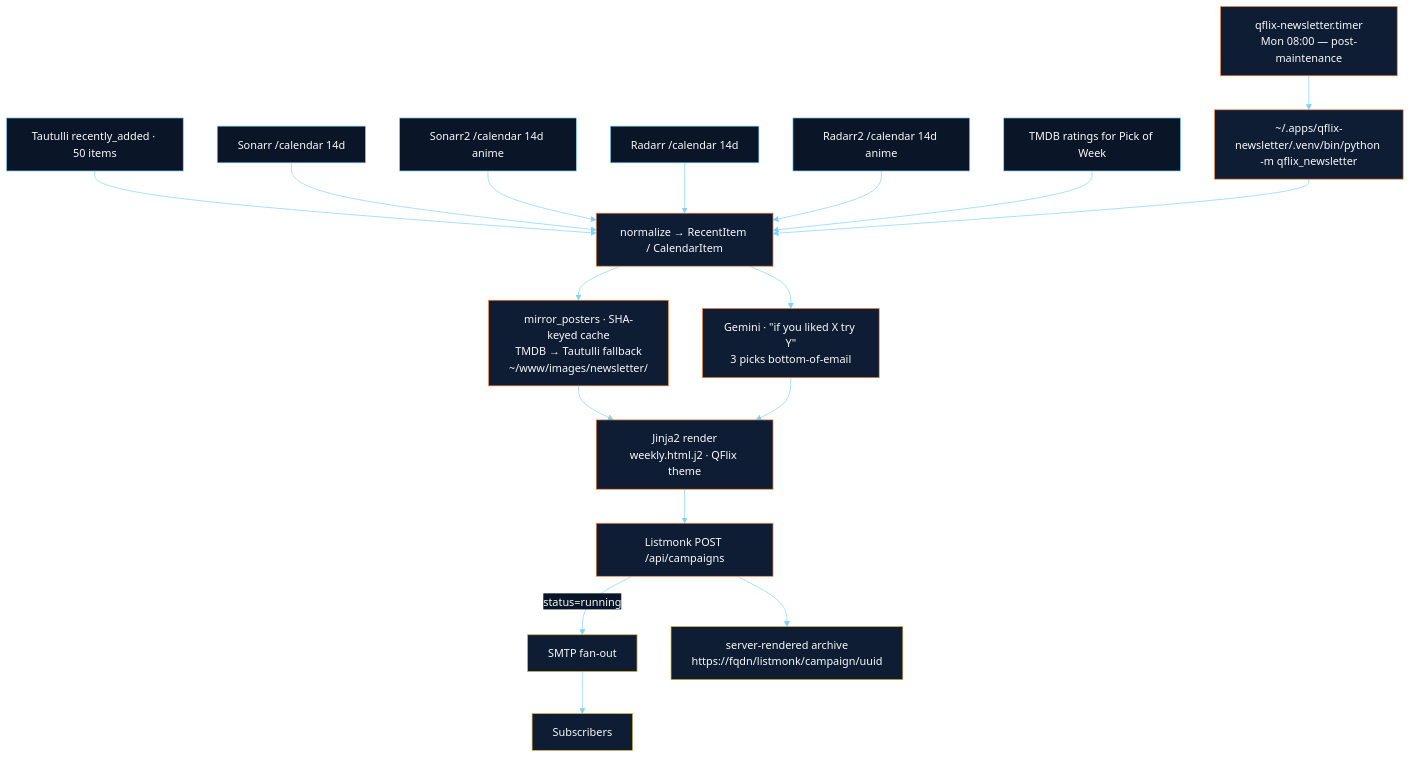
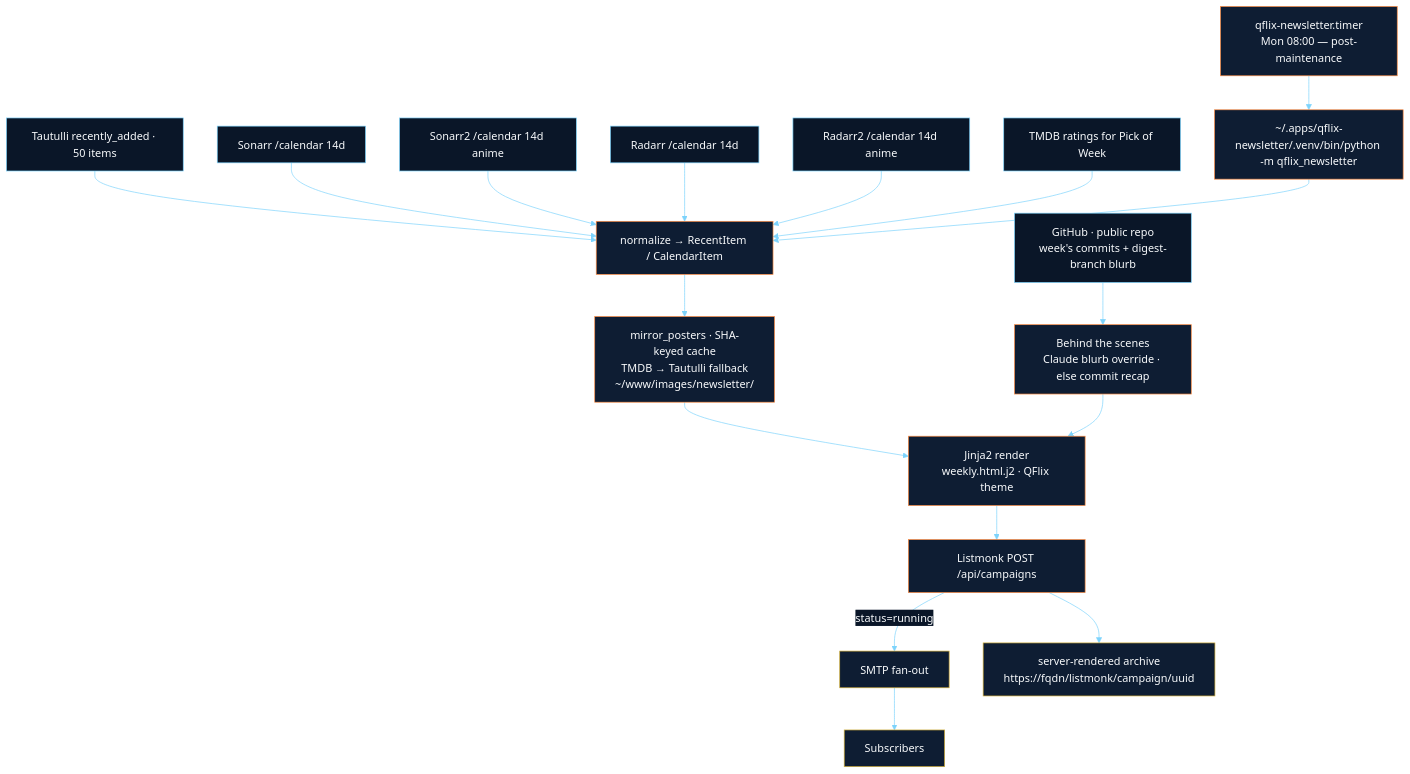
The fifth of 6 diagrams in README.md (Quadstronaut/QFlix), drawn with Mermaid before and after one commit. The commit also changed other lines of this file and 2 other files, not shown here.

First line of the commit message:
docs: reconcile README/inventory/CHANGELOG to Behind-the-scenes + Gemini decom

````diff
--- a/README.md
+++ b/README.md
@@ -208,28 +208,28 @@
 ```mermaid
 %%{init: {'theme':'base','themeVariables':{'primaryColor':'#0e1d33','primaryTextColor':'#f8fafc','primaryBorderColor':'#ff8c42','lineColor':'#7dd3fc','secondaryColor':'#05101f','tertiaryColor':'#0a1628','clusterBkg':'#05101f','clusterBorder':'#7dd3fc','edgeLabelBackground':'#0a1628','fontFamily':'Segoe UI, Roboto, sans-serif'}}}%%
 flowchart TB
   classDef src fill:#0a1628,stroke:#7dd3fc,color:#f8fafc
   classDef proc fill:#0e1d33,stroke:#ff8c42,color:#f8fafc
   classDef out fill:#0e1d33,stroke:#d4af37,color:#f8fafc
 
   timer[qflix-newsletter.timer<br/>Mon 08:00 — post-maintenance]:::proc
   timer --> py[~/.apps/qflix-newsletter/.venv/bin/python -m qflix_newsletter]:::proc
 
   T[Tautulli recently_added · 50 items]:::src --> norm[normalize → RecentItem / CalendarItem]:::proc
   S1[Sonarr /calendar 14d]:::src --> norm
   S2[Sonarr2 /calendar 14d anime]:::src --> norm
   R1[Radarr /calendar 14d]:::src --> norm
   R2[Radarr2 /calendar 14d anime]:::src --> norm
   TMDB[TMDB ratings for Pick of Week]:::src --> norm
 
   py --> norm
   norm --> mirror[mirror_posters · SHA-keyed cache<br/>TMDB → Tautulli fallback<br/>~/www/images/newsletter/]:::proc
-  norm --> ai[Gemini · &quot;if you liked X try Y&quot;<br/>3 picks bottom-of-email]:::proc
+  GH[GitHub · public repo<br/>week's commits + digest-branch blurb]:::src --> bts[Behind the scenes<br/>Claude blurb override · else commit recap]:::proc
   mirror --> jinja[Jinja2 render<br/>weekly.html.j2 · QFlix theme]:::proc
-  ai --> jinja
+  bts --> jinja
 
   jinja --> camp[Listmonk POST /api/campaigns]:::proc
   camp -->|status=running| smtp[SMTP fan-out]:::out
   smtp --> subs[Subscribers]:::out
   camp --> archive[server-rendered archive<br/>https://fqdn/listmonk/campaign/uuid]:::out
 ```
````
